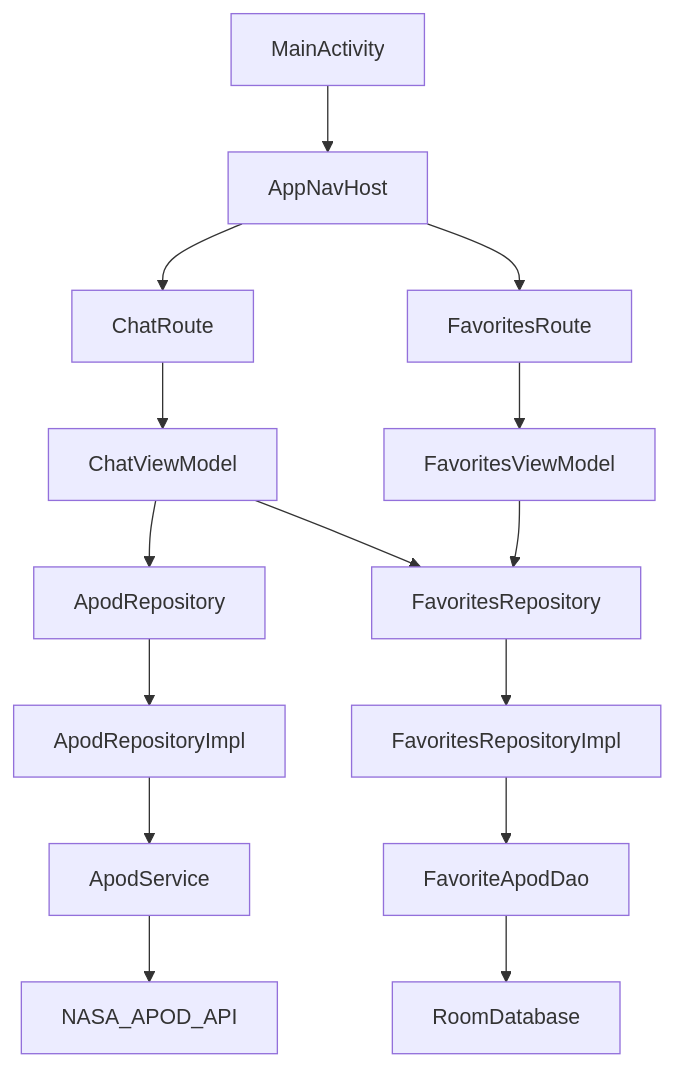
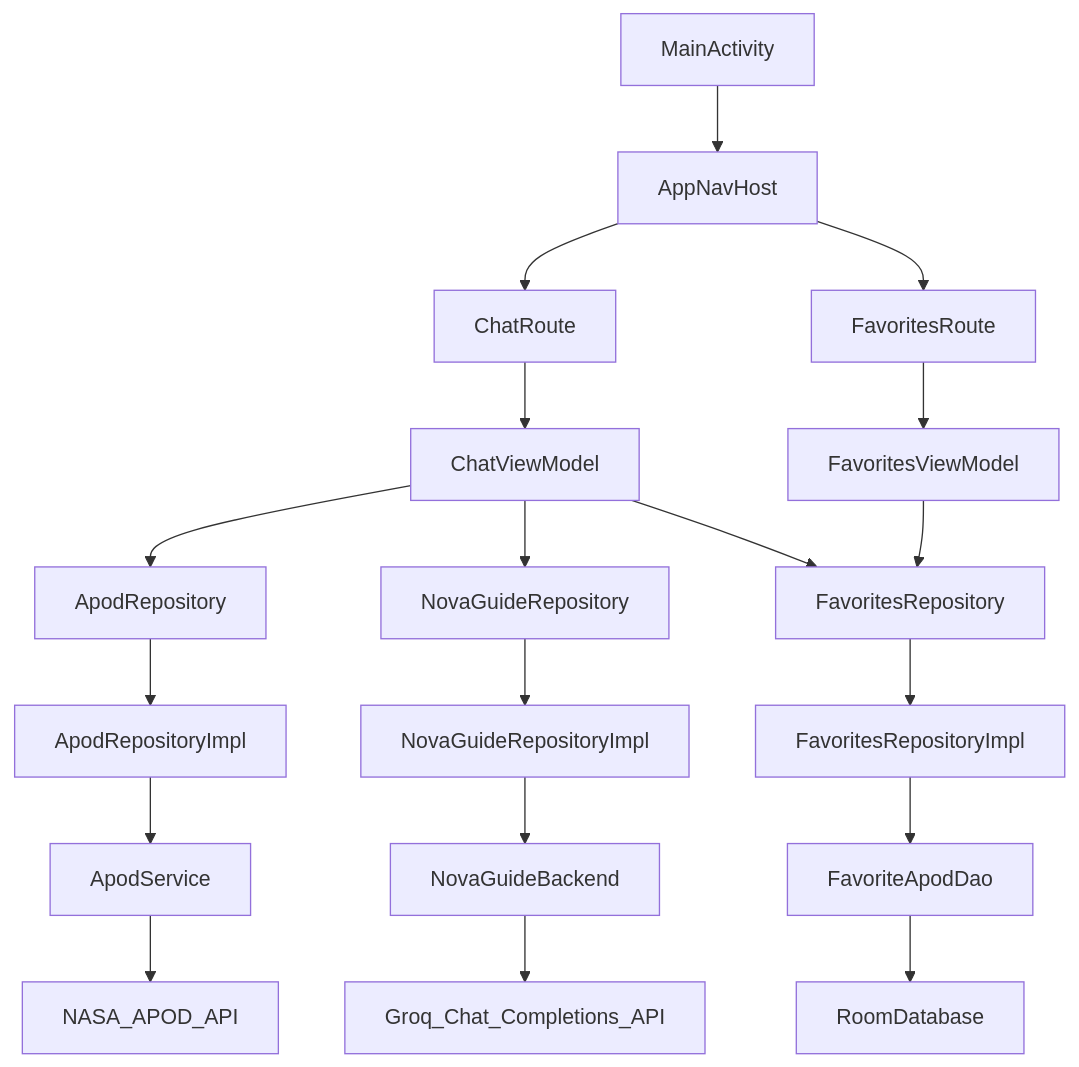
One commit to samson0720/NASA-Cosmos-Messenger changed the diagram in README.md. Above: the diagram before and after it, drawn with Mermaid. The commit also changed other lines of this file and 23 other files, not shown here.

Commit message:
Add Nova Guide explainer

````diff
--- a/README.md
+++ b/README.md
@@ -44,21 +46,26 @@
 ```mermaid
 flowchart TD
     MainActivity --> AppNavHost
     AppNavHost --> ChatRoute
     AppNavHost --> FavoritesRoute
 
     ChatRoute --> ChatViewModel
     FavoritesRoute --> FavoritesViewModel
 
     ChatViewModel --> ApodRepository
+    ChatViewModel --> NovaGuideRepository
     ChatViewModel --> FavoritesRepository
     FavoritesViewModel --> FavoritesRepository
 
     ApodRepository --> ApodRepositoryImpl
     ApodRepositoryImpl --> ApodService
     ApodService --> NASA_APOD_API
 
+    NovaGuideRepository --> NovaGuideRepositoryImpl
+    NovaGuideRepositoryImpl --> NovaGuideBackend
+    NovaGuideBackend --> Groq_Chat_Completions_API
+
     FavoritesRepository --> FavoritesRepositoryImpl
     FavoritesRepositoryImpl --> FavoriteApodDao
     FavoriteApodDao --> RoomDatabase
 ```
````
